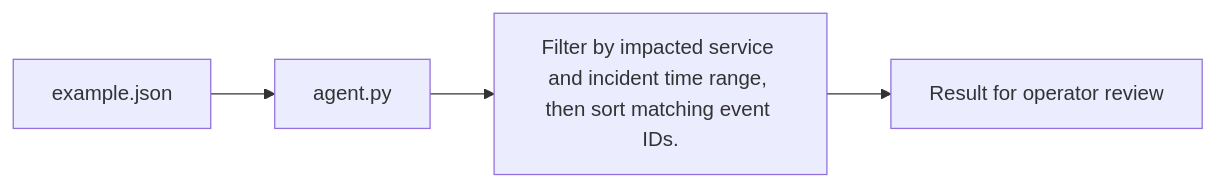
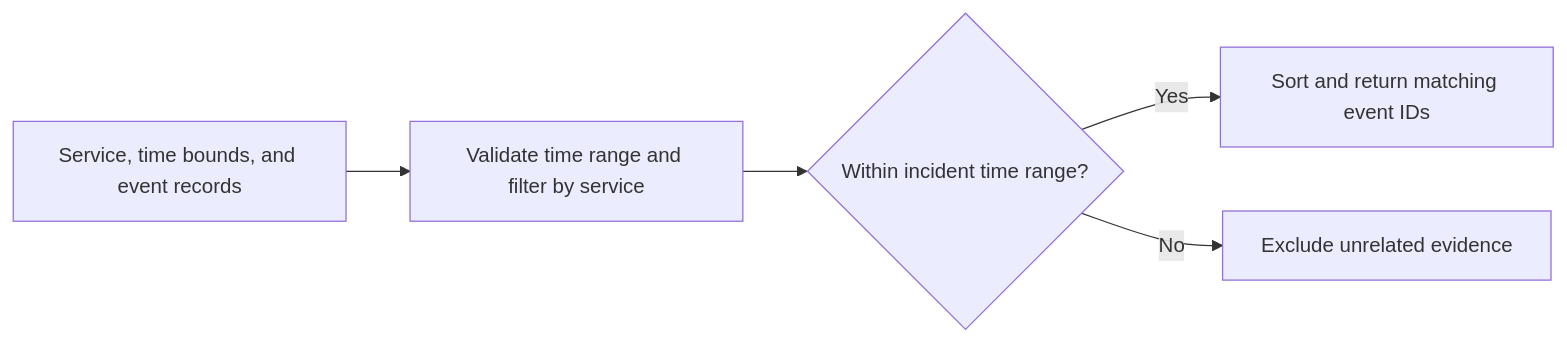
The diagram in docs/ARCHITECTURE.md (Klokesh493/incident-investigator-agent), drawn with Mermaid before and after one commit. The commit also changed 1 other file, not shown here.

Commit message:
Show the project decision flow in its README

````diff
--- a/docs/ARCHITECTURE.md
+++ b/docs/ARCHITECTURE.md
@@ -5,8 +5,11 @@
 ```mermaid
 flowchart LR
-    N0["example.json"]
-    N1["agent.py"]
-    N2["Filter by impacted service and incident time range, then sort matching event IDs."]
-    N3["Result for operator review"]
-    N0 --> N1 --> N2 --> N3
+    A["Service, time bounds, and event records"]
+    B["Validate time range and filter by service"]
+    C{"Within incident time range?"}
+    D["Sort and return matching event IDs"]
+    E["Exclude unrelated evidence"]
+    A --> B --> C
+    C -->|Yes| D
+    C -->|No| E
 ```
````
